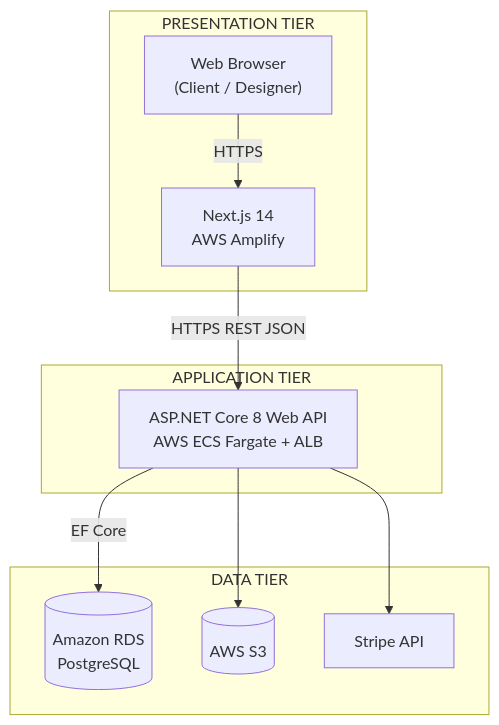
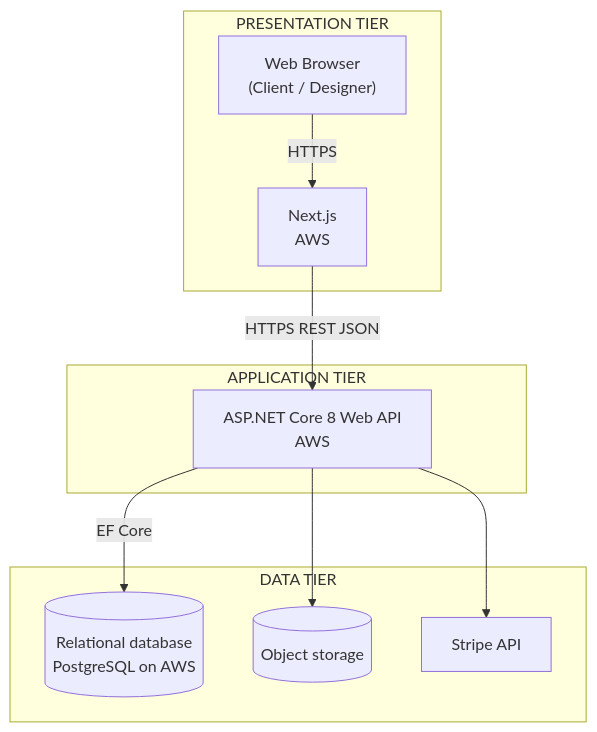
Before and after one commit to MNSBaanu/Inside: the first of 3 diagrams in docs/Proposal/diagrams/architecture-diagrams.md, drawn with Mermaid. The commit also changed other lines of this file and 9 other files, not shown here.

````diff
--- a/docs/Proposal/diagrams/architecture-diagrams.md
+++ b/docs/Proposal/diagrams/architecture-diagrams.md
@@ -16,20 +16,20 @@
 ```mermaid
 flowchart TB
     subgraph presentation ["PRESENTATION TIER"]
         Browser["Web Browser\n(Client / Designer)"]
-        NextJS["Next.js 14\nAWS Amplify"]
+        NextJS["Next.js\nAWS"]
     end
     subgraph application ["APPLICATION TIER"]
-        API["ASP.NET Core 8 Web API\nAWS ECS Fargate + ALB"]
+        API["ASP.NET Core 8 Web API\nAWS"]
     end
     subgraph data ["DATA TIER"]
-        RDS[("Amazon RDS\nPostgreSQL")]
-        S3[("AWS S3")]
+        RDS[("Relational database\nPostgreSQL on AWS")]
+        S3[("Object storage")]
         Stripe["Stripe API"]
     end
     Browser -->|"HTTPS"| NextJS
     NextJS -->|"HTTPS REST JSON"| API
     API -->|"EF Core"| RDS
     API --> S3
     API --> Stripe
 ```
````
